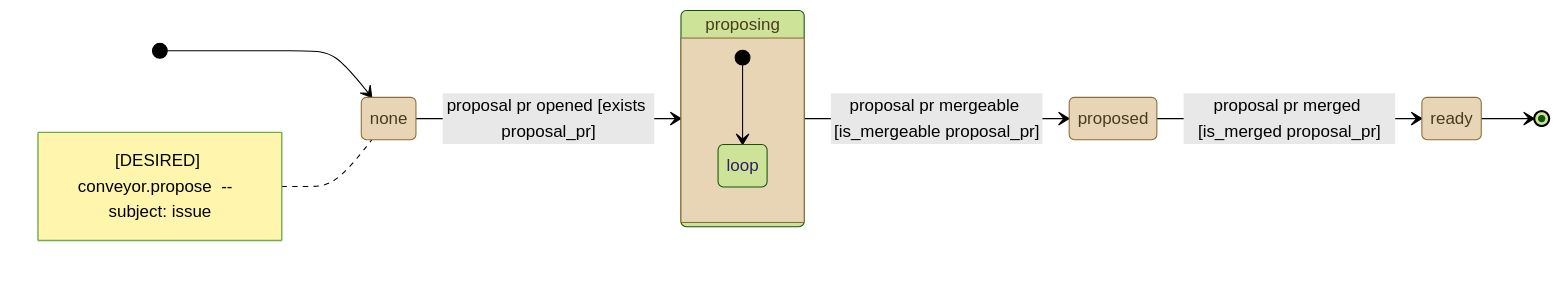
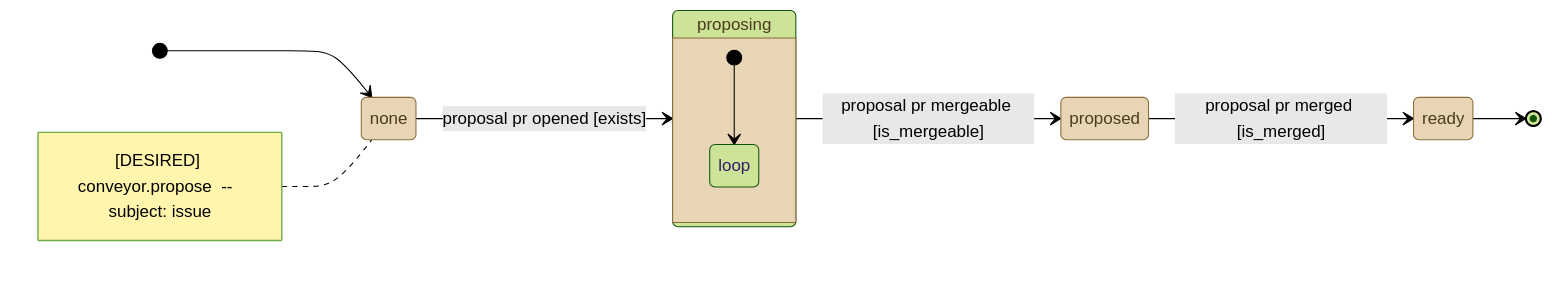
The diagram in .github/conveyor-model/mermaid/desired/conveyor_propose.mmd (kostiantyn-matsebora/agent-ops-operator), drawn with Mermaid (forest theme) before and after one commit. The commit also changed 1 other file, not shown here.

Commit message:
fix(conveyor): conveyor.propose's guards drop the redundant proposal_pr arg
exists proposal_pr, is_mergeable proposal_pr, is_merged proposal_pr each
repeated what their own event name already said (proposal pr opened/
mergeable/merged). Same redundancy already fixed for is_session_at_work
and is_change_finished with the issue subject -- the event already
identifies the object; the guard just asks a bare question about it.

```diff
--- a/.github/conveyor-model/mermaid/desired/conveyor_propose.mmd
+++ b/.github/conveyor-model/mermaid/desired/conveyor_propose.mmd
@@ -1,21 +1,21 @@
 stateDiagram-v2
     direction LR
     [*] --> none
     note left of none
         [DESIRED] conveyor.propose  --  subject: issue
     end note
     classDef stationState fill:#e8d5b5,stroke:#8a6d3b,color:#4a3b1f
     classDef loopState fill:#c9e4de,stroke:#2f6b5e,color:#1a3b33
     state none
     state proposing
     state proposed
     state ready
-    none --> proposing : proposal pr opened [exists proposal_pr]
-    proposing --> proposed : proposal pr mergeable [is_mergeable proposal_pr]
-    proposed --> ready : proposal pr merged [is_merged proposal_pr]
+    none --> proposing : proposal pr opened [exists]
+    proposing --> proposed : proposal pr mergeable [is_mergeable]
+    proposed --> ready : proposal pr merged [is_merged]
     ready --> [*]
     class none, proposing, proposed, ready stationState
     state proposing {
         [*] --> loop
         state "loop" as loop
     }
```
